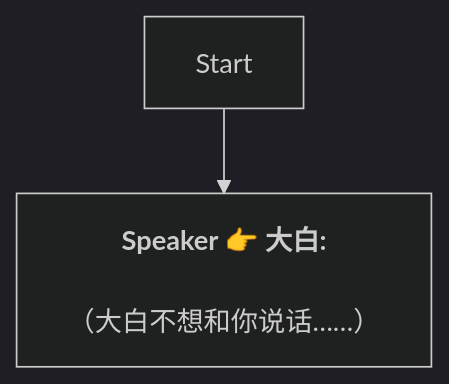
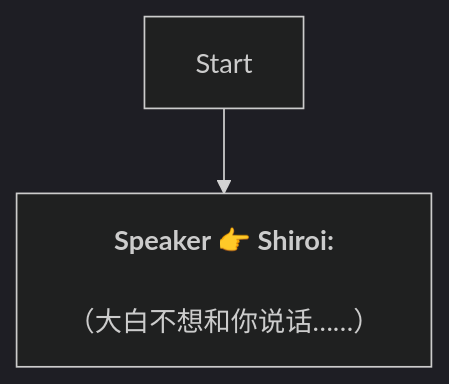
Before and after one commit to SoftHu/tos_avg: the diagram in Zh/Shiroi.md, drawn with Mermaid (dark theme). The commit also changed 737 other files, not shown here.

````diff
--- a/Zh/Shiroi.md
+++ b/Zh/Shiroi.md
@@ -1,7 +1,6 @@
 ```mermaid
 graph
-Start -->1741635753333994[<b>Speaker 👉 大白:</b>
+Start -->1741635753333994[<b>Speaker 👉 Shiroi:</b>
+\n（大白不想和你说话……）]
 
-（大白不想和你说话……）]
-
- ```
+```
````
